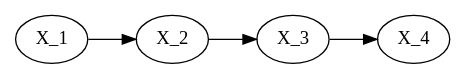
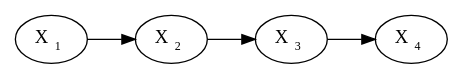
Before and after one commit to usma-eecs/cs486: the diagram in images/markov_chain.dot, drawn with Graphviz. The commit also changed 7 other files, not shown here.

```diff
--- a/images/markov_chain.dot
+++ b/images/markov_chain.dot
@@ -1,8 +1,8 @@
 digraph G {
   rankdir="LR";
-  X_1 [texlbl="$X_{1}$"];
-  X_2 [texlbl="$X_{2}$"];
-  X_3 [texlbl="$X_{...}$"];
-  X_4 [texlbl="$X_{\infty}$"];
+  X_1 [label=< X<sub><font point-size="9">1</font></sub> >];
+  X_2 [label=< X<sub><font point-size="9">2</font></sub> >];
+  X_3 [label=< X<sub><font point-size="9">3</font></sub> >];
+  X_4 [label=< X<sub><font point-size="9">4</font></sub> >];
   X_1-> X_2 -> X_3 -> X_4;
 }
```
